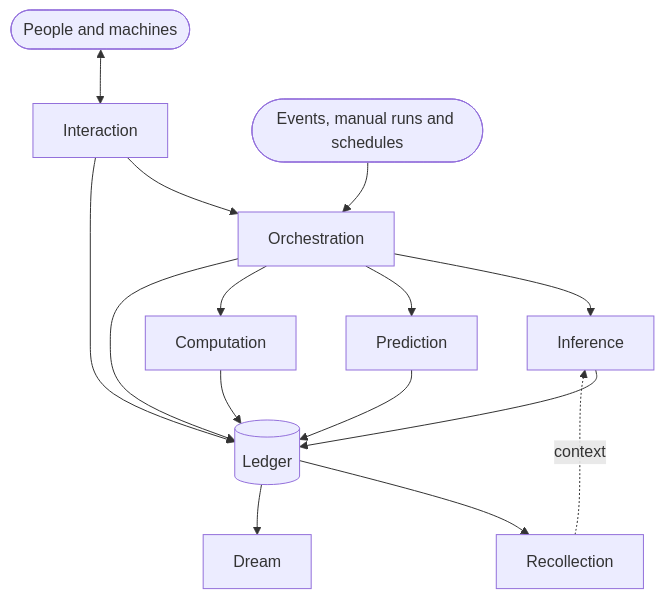
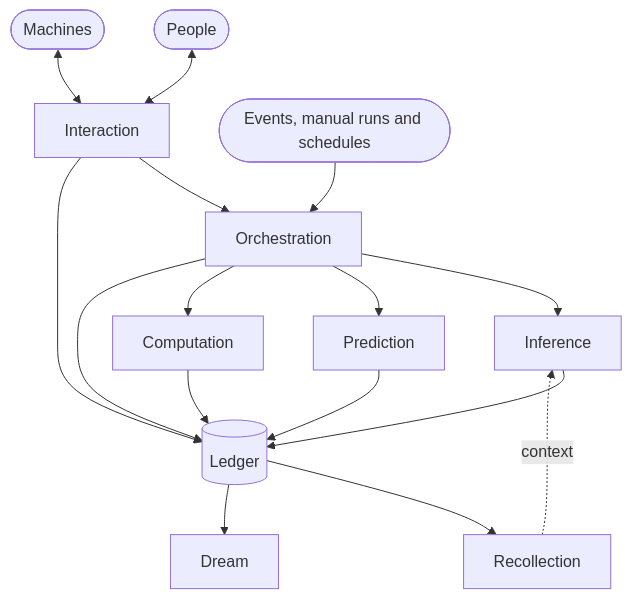
One commit to BeOnAuto/auto-brain changed the diagram in README.md. Above: the diagram before and after it, drawn with Mermaid.

Commit message:
docs(global): connect interaction to people and machines separately

````diff
--- a/README.md
+++ b/README.md
@@ -31,13 +31,14 @@
 ```mermaid
 flowchart TD
-    outside(["People and machines"]) <--> interaction["Interaction"]
+    people(["People"]) <--> interaction["Interaction"]
+    machines(["Machines"]) <--> interaction
     triggers(["Events, manual runs and schedules"]) --> orchestration
     interaction --> orchestration["Orchestration"]
     orchestration --> inference["Inference"]
     orchestration --> prediction["Prediction"]
     orchestration --> computation["Computation"]
     interaction & orchestration & inference & prediction & computation --> ledger[("Ledger")]
     ledger --> recollection["Recollection"]
     ledger --> dream["Dream"]
     recollection -. context .-> inference
 ```
````
